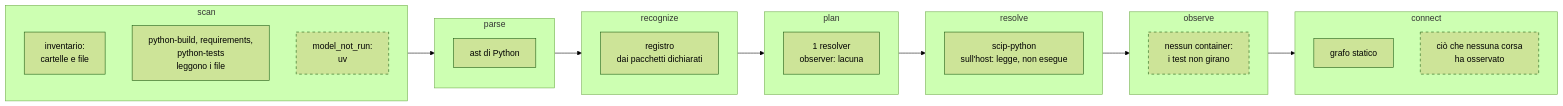
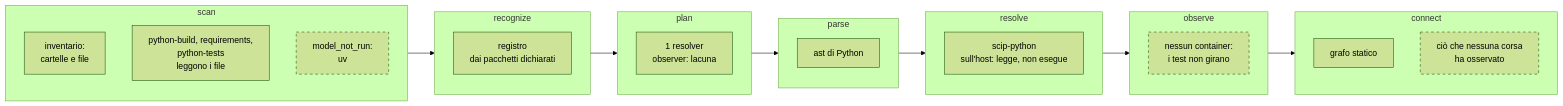
The fourth of 4 diagrams in docs/plugins/codebase-map.md (acaprino/daodan), drawn with Mermaid (forest theme) before and after one commit. The commit also changed other lines of this file and 2 other files, not shown here.

````diff
--- a/docs/plugins/codebase-map.md
+++ b/docs/plugins/codebase-map.md
@@ -190,29 +191,29 @@
 ```mermaid
 flowchart LR
   subgraph scan
     b0["inventario:<br>cartelle e file"]
     b1["python-build, requirements,<br>python-tests<br>leggono i file"]
     b2["model_not_run:<br>uv"]:::gap
   end
-  subgraph parse
-    a1[ast di Python]
-  end
   subgraph recognize
     c1[registro<br>dai pacchetti dichiarati]
   end
   subgraph plan
     d1["1 resolver<br>observer: lacuna"]
+  end
+  subgraph parse
+    a1[ast di Python]
   end
   subgraph resolve
     e1["scip-python<br>sull'host: legge, non esegue"]
   end
   subgraph observe
     f1["nessun container:<br>i test non girano"]:::gap
   end
   subgraph connect
     g1[grafo statico]
     g2[ciò che nessuna corsa<br>ha osservato]:::gap
   end
-  scan --> parse --> recognize --> plan --> resolve --> observe --> connect
+  scan --> recognize --> plan --> parse --> resolve --> observe --> connect
   classDef gap stroke-dasharray: 5 5
 ```
````
